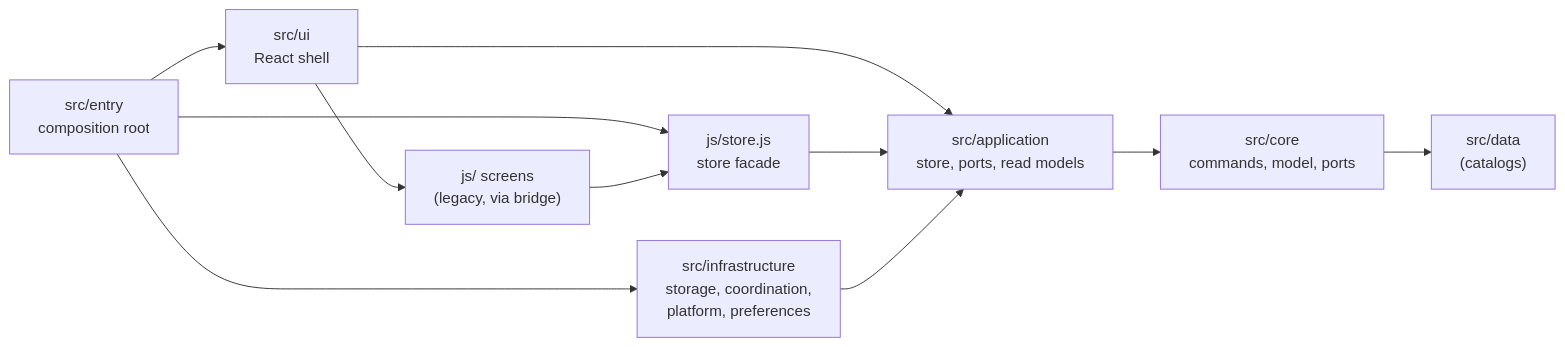
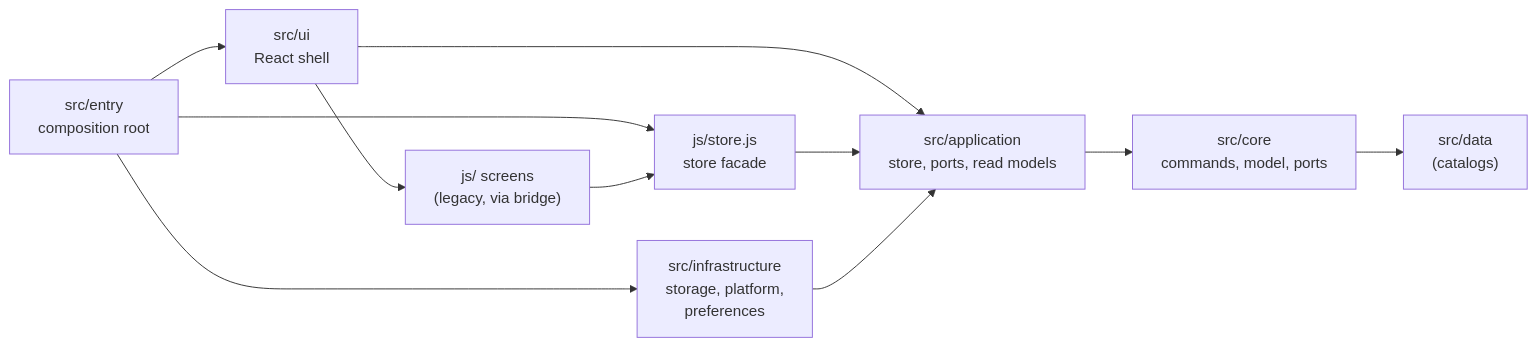
One commit to hose1021/grimoria changed the diagram in docs/architecture.md. Above: the diagram before and after it, drawn with Mermaid. The commit also changed other lines of this file and 29 other files, not shown here.

````diff
--- a/docs/architecture.md
+++ b/docs/architecture.md
@@ -8,13 +8,13 @@
 ```mermaid
 flowchart LR
   boot["src/entry<br/>composition root"] --> shell["src/ui<br/>React shell"]
   boot --> store["js/store.js<br/>store facade"]
-  boot --> infra["src/infrastructure<br/>storage, coordination,<br/>platform, preferences"]
+  boot --> infra["src/infrastructure<br/>storage, platform,<br/>preferences"]
   shell --> legacy["js/ screens<br/>(legacy, via bridge)"]
   shell --> app["src/application<br/>store, ports, read models"]
   legacy --> store
   store --> app
   infra --> app
   app --> core["src/core<br/>commands, model, ports"]
   core --> data["src/data<br/>(catalogs)"]
 ```
````
